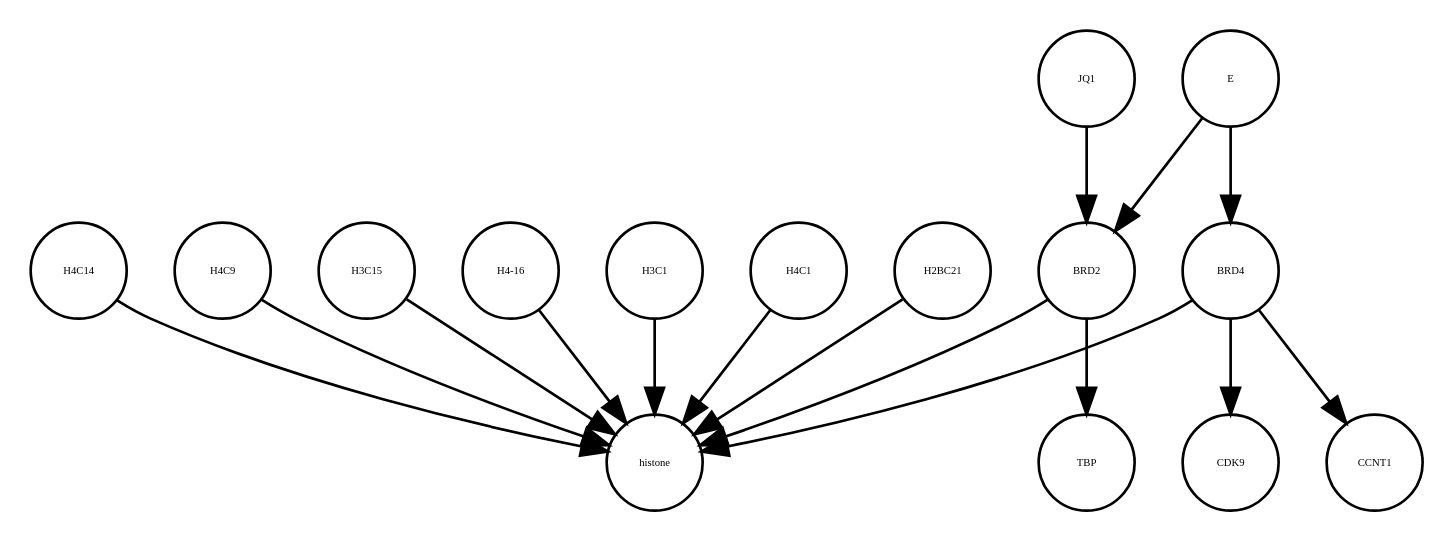
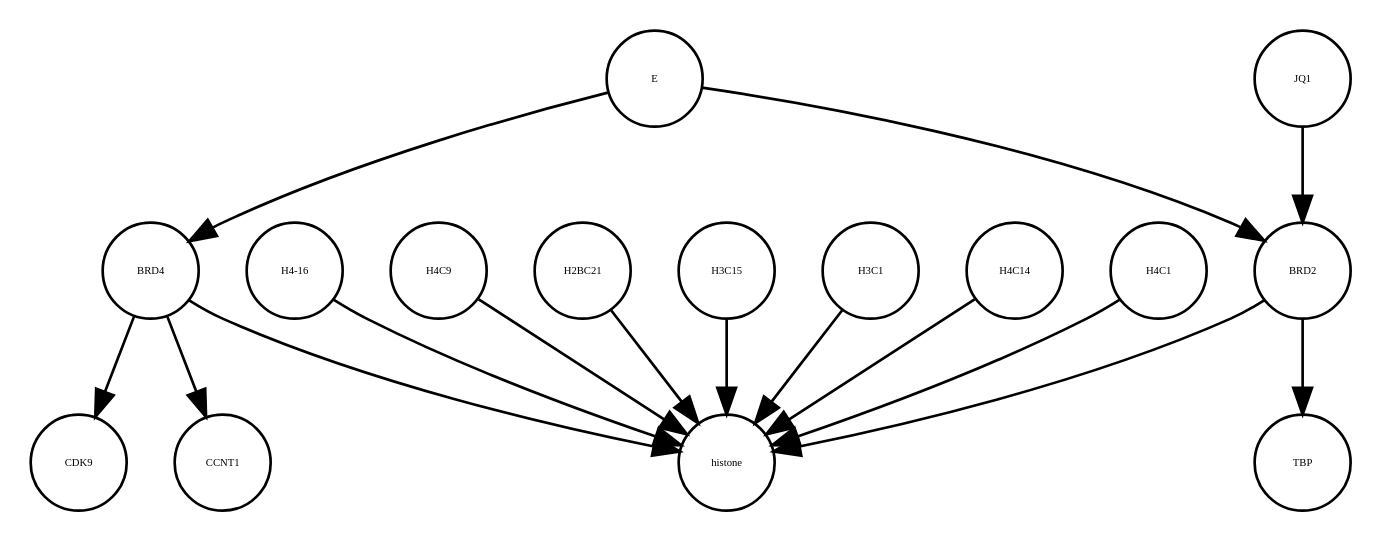
One commit to cannin/covid19-sbgn changed the diagram in E_SARS_CoV_2_21_05_2020.xml_projected.dot. Above: the diagram before and after it, drawn with Graphviz. The commit also changed other lines of this file and 637 other files, not shown here.

```diff
--- a/E_SARS_CoV_2_21_05_2020.xml_projected.dot
+++ b/E_SARS_CoV_2_21_05_2020.xml_projected.dot
@@ -1,32 +1,32 @@
 strict digraph  {
+CDK9 [annotation="", bipartite=0, cls=macromolecule, fontsize=4, label=CDK9, shape=circle];
+"H4-16" [annotation="", bipartite=0, cls=macromolecule, fontsize=4, label="H4-16", shape=circle];
 H4C9 [annotation="", bipartite=0, cls=macromolecule, fontsize=4, label=H4C9, shape=circle];
+BRD4 [annotation="", bipartite=0, cls=macromolecule, fontsize=4, label=BRD4, shape=circle];
+H2BC21 [annotation="", bipartite=0, cls=macromolecule, fontsize=4, label=H2BC21, shape=circle];
 H3C15 [annotation="", bipartite=0, cls=macromolecule, fontsize=4, label=H3C15, shape=circle];
-"H4-16" [annotation="", bipartite=0, cls=macromolecule, fontsize=4, label="H4-16", shape=circle];
+CCNT1 [annotation="", bipartite=0, cls=macromolecule, fontsize=4, label=CCNT1, shape=circle];
 H3C1 [annotation="", bipartite=0, cls=macromolecule, fontsize=4, label=H3C1, shape=circle];
-TBP [annotation="", bipartite=0, cls=macromolecule, fontsize=4, label=TBP, shape=circle];
+H4C14 [annotation="", bipartite=0, cls=macromolecule, fontsize=4, label=H4C14, shape=circle];
 E [annotation=urn_miriam_ncbiprotein_BCD58755, bipartite=0, cls=macromolecule, fontsize=4, label=E, shape=circle];
 BRD2 [annotation="", bipartite=0, cls=macromolecule, fontsize=4, label=BRD2, shape=circle];
+JQ1 [annotation="", bipartite=0, cls=macromolecule, fontsize=4, label=JQ1, shape=circle];
+histone [annotation="", bipartite=0, cls=complex, fontsize=4, label=histone, shape=circle];
 H4C1 [annotation="", bipartite=0, cls=macromolecule, fontsize=4, label=H4C1, shape=circle];
-BRD4 [annotation="", bipartite=0, cls=macromolecule, fontsize=4, label=BRD4, shape=circle];
-CDK9 [annotation="", bipartite=0, cls=macromolecule, fontsize=4, label=CDK9, shape=circle];
-H2BC21 [annotation="", bipartite=0, cls=macromolecule, fontsize=4, label=H2BC21, shape=circle];
-JQ1 [annotation="", bipartite=0, cls=macromolecule, fontsize=4, label=JQ1, shape=circle];
-CCNT1 [annotation="", bipartite=0, cls=macromolecule, fontsize=4, label=CCNT1, shape=circle];
-H4C14 [annotation="", bipartite=0, cls=macromolecule, fontsize=4, label=H4C14, shape=circle];
-histone [annotation="", bipartite=0, cls=complex, fontsize=4, label=histone, shape=circle];
+TBP [annotation="", bipartite=0, cls=macromolecule, fontsize=4, label=TBP, shape=circle];
+"H4-16" -> histone  [annotation="", interaction_type=production];
 H4C9 -> histone  [annotation="", interaction_type=production];
-H3C15 -> histone  [annotation="", interaction_type=production];
-"H4-16" -> histone  [annotation="", interaction_type=production];
-H3C1 -> histone  [annotation="", interaction_type=production];
-E -> BRD2  [annotation="urn_miriam_doi_10.1038%2Fs41586-020-2286-9|urn_miriam_doi_10.1080%2F15592294.2018.1469891", interaction_type=inhibition];
-E -> BRD4  [annotation="urn_miriam_doi_10.1038%2Fs41586-020-2286-9", interaction_type=inhibition];
-BRD2 -> histone  [annotation="urn_miriam_doi_10.1038%2Fnsmb.3228.|urn_miriam_doi_10.1016%2Fj.molcel.2008.01.018", interaction_type=catalysis];
-BRD2 -> TBP  [annotation="urn_miriam_doi_10.1007%2Fs11010-006-9223-6", interaction_type=catalysis];
-H4C1 -> histone  [annotation="", interaction_type=production];
 BRD4 -> CCNT1  [annotation="", interaction_type=catalysis];
 BRD4 -> CDK9  [annotation=urn_miriam_taxonomy_10090, interaction_type=catalysis];
 BRD4 -> histone  [annotation="urn_miriam_doi_10.1038%2Fnsmb.3228.|urn_miriam_doi_10.1016%2Fj.molcel.2008.01.018", interaction_type=catalysis];
 H2BC21 -> histone  [annotation="", interaction_type=production];
+H3C15 -> histone  [annotation="", interaction_type=production];
+H3C1 -> histone  [annotation="", interaction_type=production];
+H4C14 -> histone  [annotation="", interaction_type=production];
+E -> BRD4  [annotation="urn_miriam_doi_10.1038%2Fs41586-020-2286-9", interaction_type=inhibition];
+E -> BRD2  [annotation="urn_miriam_doi_10.1038%2Fs41586-020-2286-9|urn_miriam_doi_10.1080%2F15592294.2018.1469891", interaction_type=inhibition];
+BRD2 -> TBP  [annotation="urn_miriam_doi_10.1007%2Fs11010-006-9223-6", interaction_type=catalysis];
+BRD2 -> histone  [annotation="urn_miriam_doi_10.1038%2Fnsmb.3228.|urn_miriam_doi_10.1016%2Fj.molcel.2008.01.018", interaction_type=catalysis];
 JQ1 -> BRD2  [annotation="urn_miriam_doi_10.1038%2Fs41586-020-2286-9|urn_miriam_doi_10.1080%2F15592294.2018.1469891", interaction_type=inhibition];
-H4C14 -> histone  [annotation="", interaction_type=production];
+H4C1 -> histone  [annotation="", interaction_type=production];
 }
```
